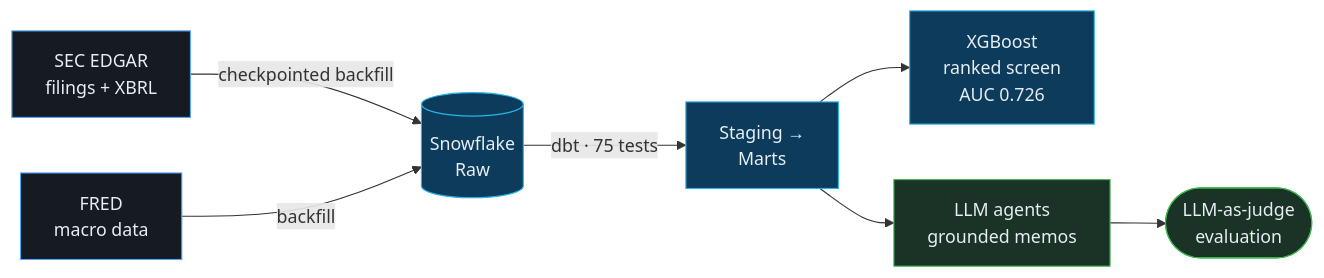
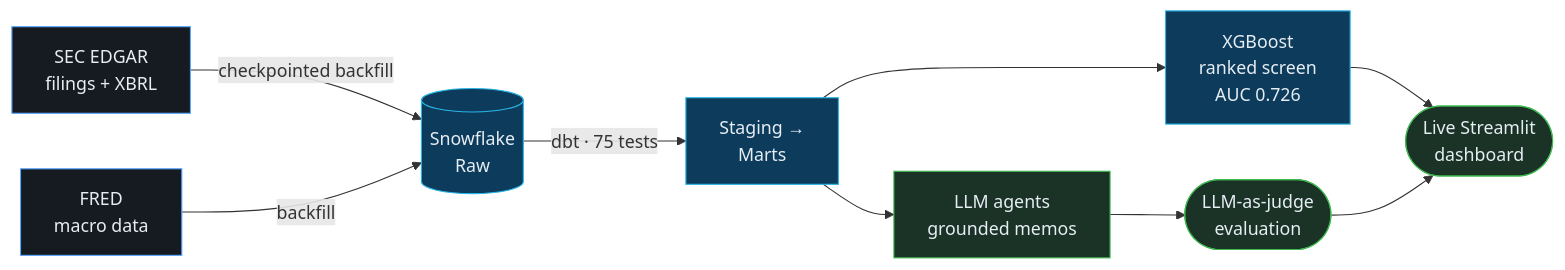
One commit to bhavyaupadhyayy/bhavayupadhyay changed the diagram in README.md. Above: the diagram before and after it, drawn with Mermaid. The commit also changed other lines of this file, not shown here.

````diff
--- a/README.md
+++ b/README.md
@@ -37,16 +37,18 @@
 ```mermaid
 flowchart LR
     A["SEC EDGAR<br/>filings + XBRL"] -->|checkpointed backfill| C[("Snowflake<br/>Raw")]
     B["FRED<br/>macro data"] -->|backfill| C
     C -->|dbt · 75 tests| D["Staging →<br/>Marts"]
     D --> E["XGBoost<br/>ranked screen<br/>AUC 0.726"]
     D --> F["LLM agents<br/>grounded memos"]
     F --> G(["LLM-as-judge<br/>evaluation"])
+    E --> H(["Live Streamlit<br/>dashboard"])
+    G --> H
 
     classDef src fill:#161b22,stroke:#58A6FF,color:#E6EDF3;
     classDef core fill:#0d3b5c,stroke:#29B5E8,color:#E6EDF3;
     classDef out fill:#1a3326,stroke:#3fb950,color:#E6EDF3;
     class A,B src;
     class C,D,E core;
-    class F,G out;
+    class F,G,H out;
 ```
````
